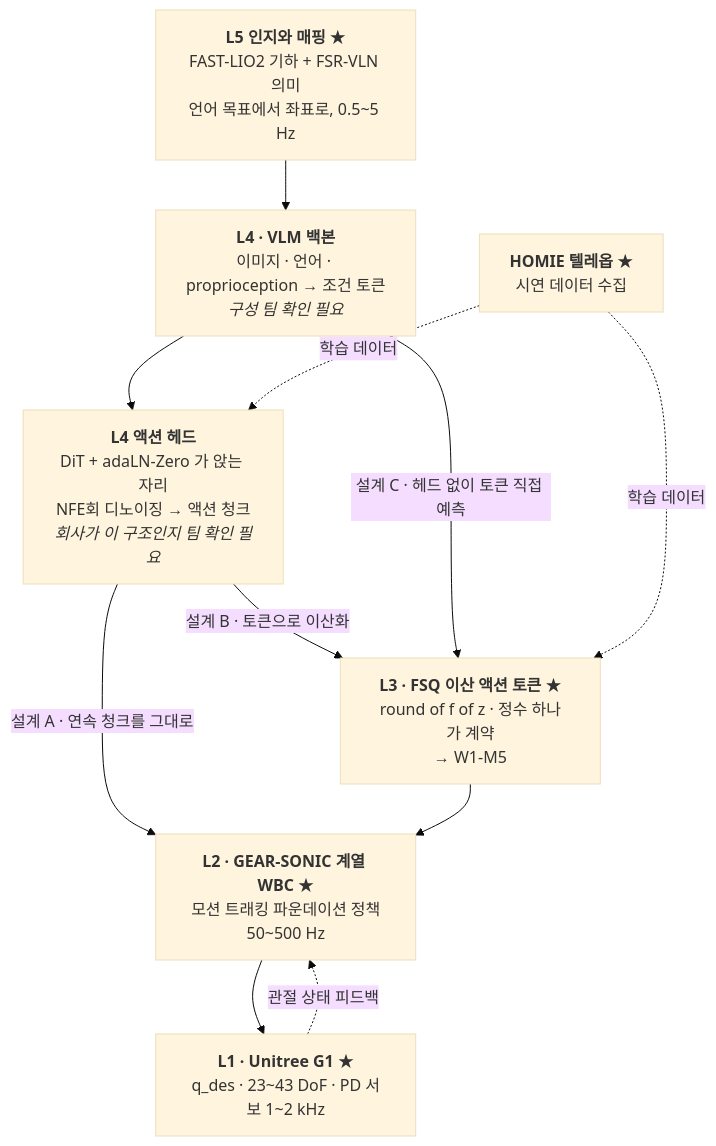
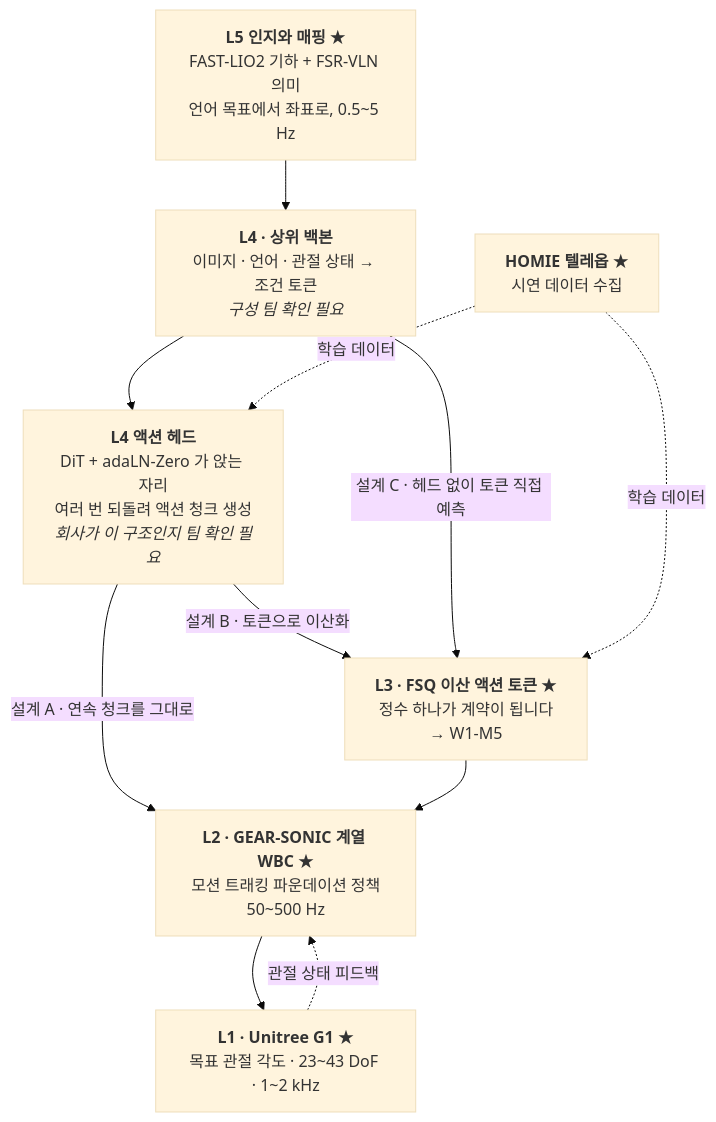
The fourth of 5 diagrams in course/w1-generative-core/03-diffusion-ddpm-dit/lesson.md (sguys99/physical-ai-study), drawn with Mermaid (base theme) before and after one commit. The commit also changed other lines of this file and 10 other files, not shown here.

````diff
--- a/course/w1-generative-core/03-diffusion-ddpm-dit/lesson.md
+++ b/course/w1-generative-core/03-diffusion-ddpm-dit/lesson.md
@@ -571,18 +720,18 @@
 ```mermaid
 flowchart TB
     L5["<b>L5 인지와 매핑</b> ★<br/>FAST-LIO2 기하 + FSR-VLN 의미<br/>언어 목표에서 좌표로, 0.5~5 Hz"]
-    VLM["<b>L4 · VLM 백본</b><br/>이미지 · 언어 · proprioception → 조건 토큰<br/><i>구성 팀 확인 필요</i>"]
-    HEAD["<b>L4 액션 헤드</b><br/>DiT + adaLN-Zero 가 앉는 자리<br/>NFE회 디노이징 → 액션 청크<br/><i>회사가 이 구조인지 팀 확인 필요</i>"]
-    FSQ["<b>L3 · FSQ 이산 액션 토큰</b> ★<br/>round of f of z · 정수 하나가 계약<br/>→ W1-M5"]
+    VLM["<b>L4 · 상위 백본</b><br/>이미지 · 언어 · 관절 상태 → 조건 토큰<br/><i>구성 팀 확인 필요</i>"]
+    HEAD["<b>L4 액션 헤드</b><br/>DiT + adaLN-Zero 가 앉는 자리<br/>여러 번 되돌려 액션 청크 생성<br/><i>회사가 이 구조인지 팀 확인 필요</i>"]
+    FSQ["<b>L3 · FSQ 이산 액션 토큰</b> ★<br/>정수 하나가 계약이 됩니다<br/>→ W1-M5"]
     L2["<b>L2 · GEAR-SONIC 계열 WBC</b> ★<br/>모션 트래킹 파운데이션 정책<br/>50~500 Hz"]
-    L1["<b>L1 · Unitree G1</b> ★<br/>q_des · 23~43 DoF · PD 서보 1~2 kHz"]
+    L1["<b>L1 · Unitree G1</b> ★<br/>목표 관절 각도 · 23~43 DoF · 1~2 kHz"]
 
     L5 --> VLM --> HEAD
     HEAD -->|"설계 A · 연속 청크를 그대로"| L2
     HEAD -->|"설계 B · 토큰으로 이산화"| FSQ
     VLM -->|"설계 C · 헤드 없이 토큰 직접 예측"| FSQ
     FSQ --> L2 --> L1
     L1 -. 관절 상태 피드백 .-> L2
     HOMIE["<b>HOMIE 텔레옵</b> ★<br/>시연 데이터 수집"] -. 학습 데이터 .-> HEAD
     HOMIE -. 학습 데이터 .-> FSQ
 ```
````
